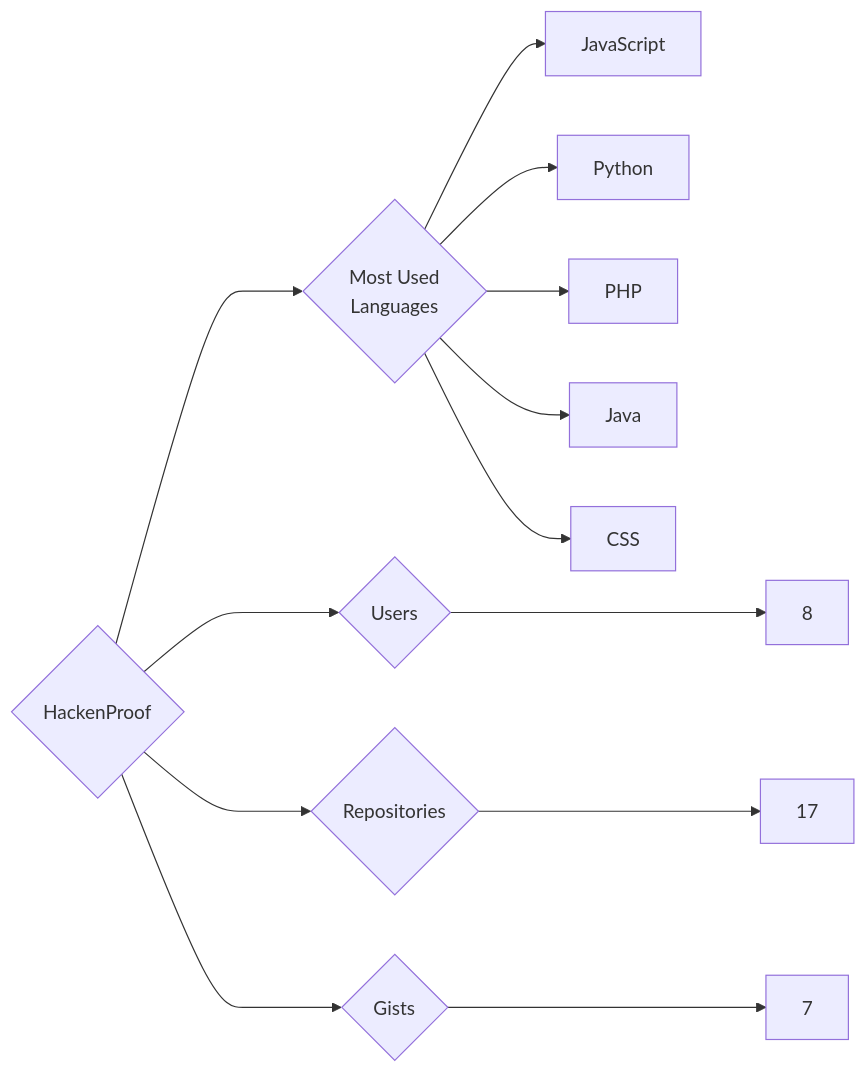
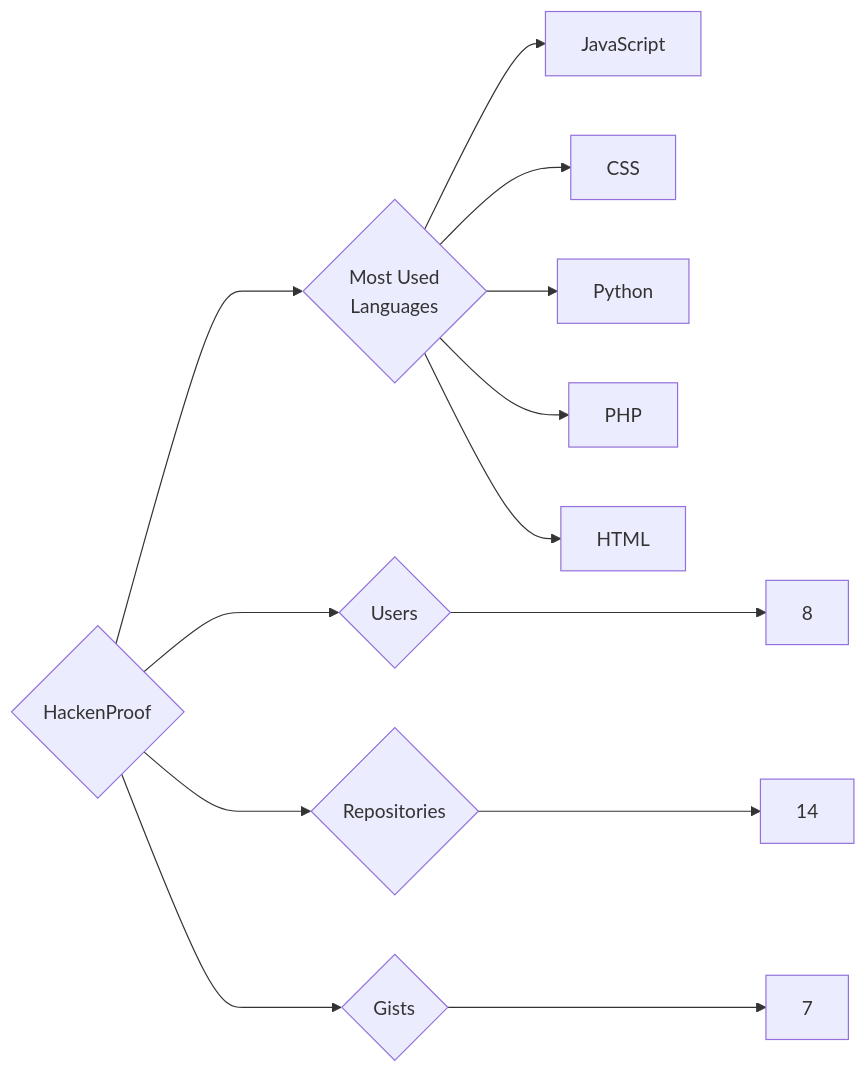
One commit to trickest/insiders changed the diagram in targets/HackenProof/README.md. Above: the diagram before and after it, drawn with Mermaid. The commit also changed 1170 other files, not shown here.

````diff
--- a/targets/HackenProof/README.md
+++ b/targets/HackenProof/README.md
@@ -3,13 +3,13 @@
 ```mermaid
 graph LR
 COMPANY_NAME{HackenProof}
 COMPANY_NAME ---> U{Users} ---> UN[8]
-COMPANY_NAME ---> R{Repositories} ---> RN[17]
+COMPANY_NAME ---> R{Repositories} ---> RN[14]
 COMPANY_NAME ---> G{Gists} ---> GN[7]
 COMPANY_NAME ---> ML{Most Used<br>Languages}
 ML --> JavaScript[JavaScript]
+ML --> CSS[CSS]
 ML --> Python[Python]
 ML --> PHP[PHP]
-ML --> Java[Java]
-ML --> CSS[CSS]
+ML --> HTML[HTML]
 ```
````
